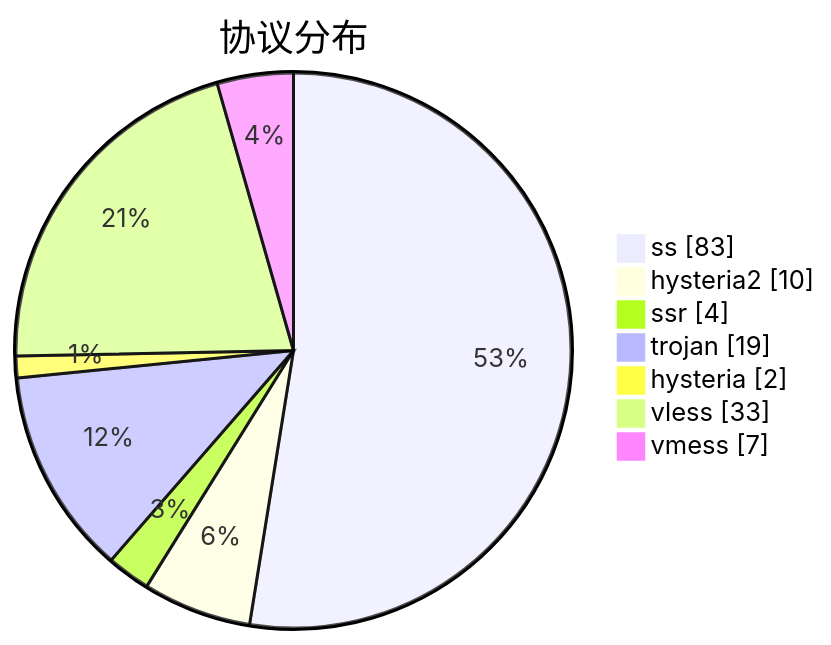
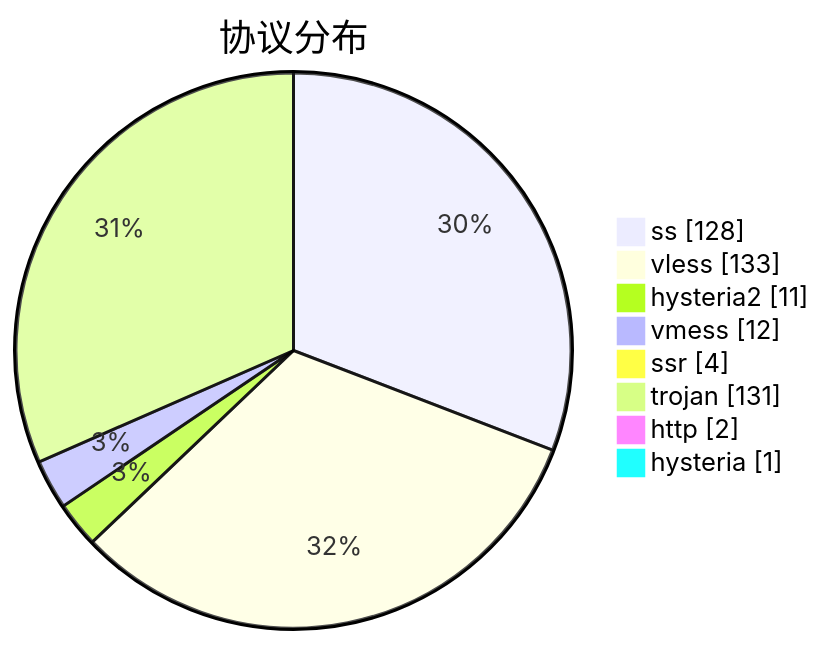
Before and after one commit to sinspired/airport: the third of 3 diagrams in subs/statistics/tested_within.md, drawn with Mermaid. The commit also changed other lines of this file and 2 other files, not shown here.

````diff
--- a/subs/statistics/tested_within.md
+++ b/subs/statistics/tested_within.md
@@ -61,11 +65,12 @@
 ```mermaid
 pie showData
 title 协议分布
-"ss" : 83
-"hysteria2" : 10
+"ss" : 128
+"vless" : 133
+"hysteria2" : 11
+"vmess" : 12
 "ssr" : 4
-"trojan" : 19
-"hysteria" : 2
-"vless" : 33
-"vmess" : 7
+"trojan" : 131
+"http" : 2
+"hysteria" : 1
 ```
````
